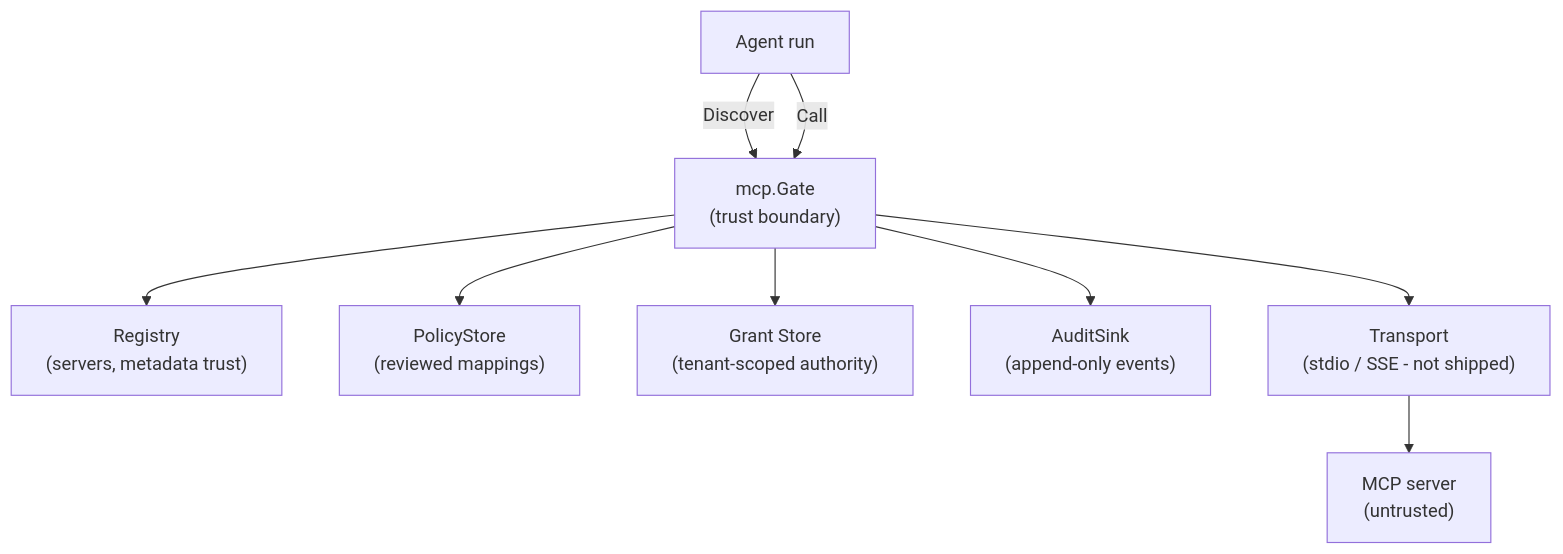
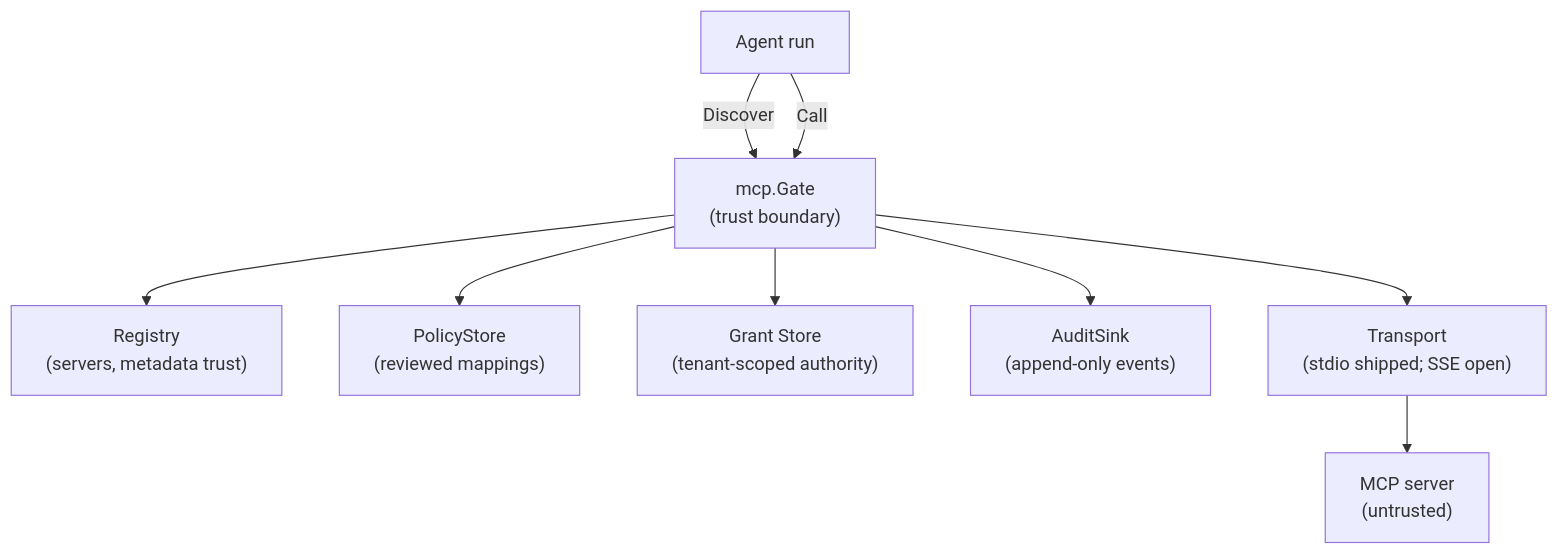
Before and after one commit to mehranjanati/v2-vibe: the diagram in docs/architecture/mcp-trust-slice.md, drawn with Mermaid. The commit also changed other lines of this file and 43 other files, not shown here.

````diff
--- a/docs/architecture/mcp-trust-slice.md
+++ b/docs/architecture/mcp-trust-slice.md
@@ -66,19 +67,19 @@
 ```mermaid
 flowchart TB
     AG["Agent run"]
     GATE["mcp.Gate<br/>(trust boundary)"]
     REG["Registry<br/>(servers, metadata trust)"]
     POL["PolicyStore<br/>(reviewed mappings)"]
     GR["Grant Store<br/>(tenant-scoped authority)"]
     AUD["AuditSink<br/>(append-only events)"]
-    TR["Transport<br/>(stdio / SSE - not shipped)"]
+    TR["Transport<br/>(stdio shipped; SSE open)"]
     SRV["MCP server<br/>(untrusted)"]
     AG -->|Discover| GATE
     AG -->|Call| GATE
     GATE --> REG
     GATE --> POL
     GATE --> GR
     GATE --> AUD
     GATE --> TR
     TR --> SRV
 ```
````
